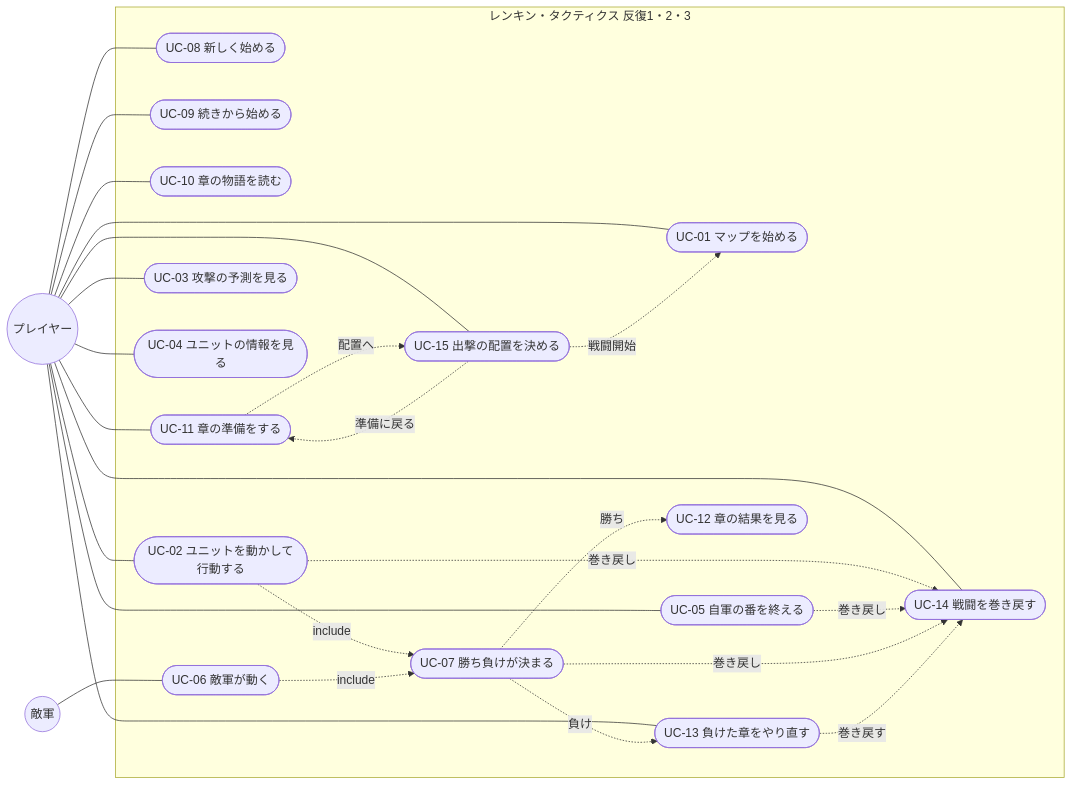
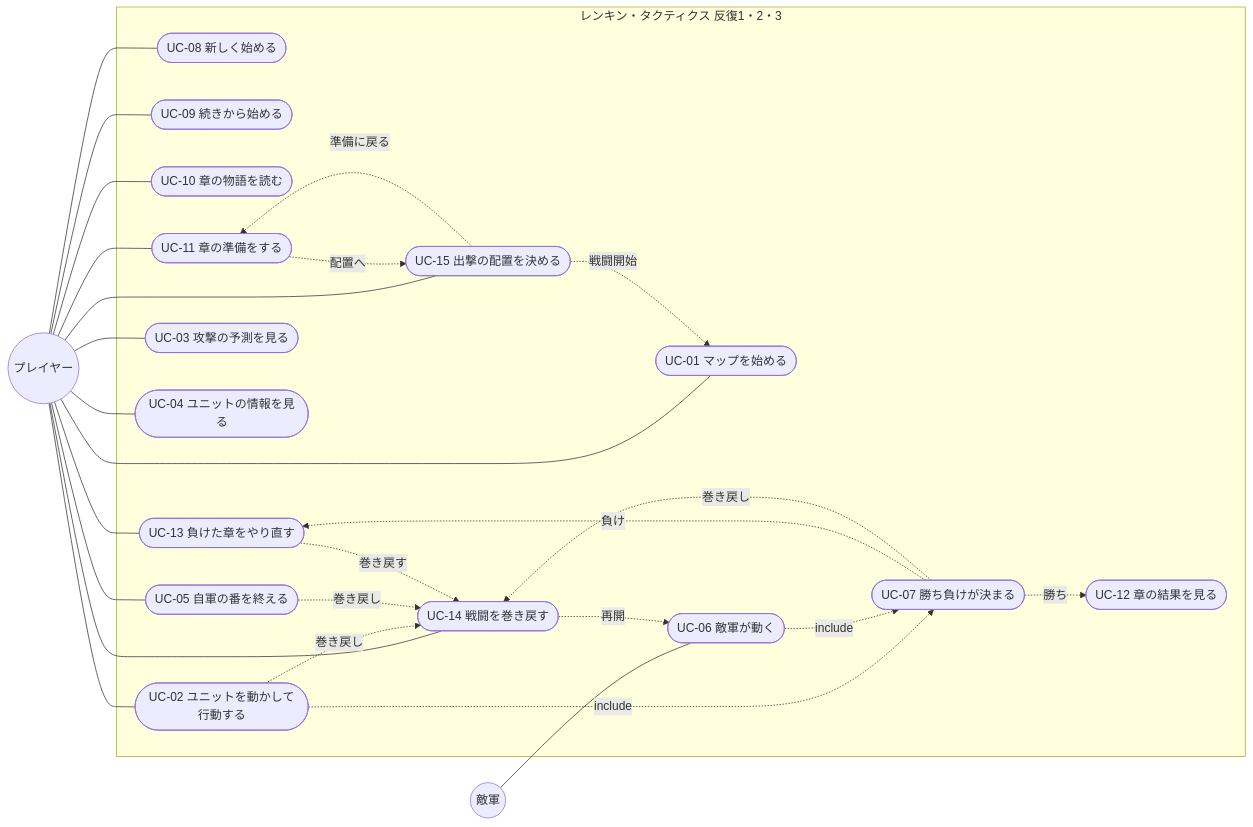
One commit to sakana396/renkin_tactics changed the diagram in docs/02_requirements/use-cases.md. Above: the diagram before and after it, drawn with Mermaid. The commit also changed other lines of this file and 3 other files, not shown here.

````diff
--- a/docs/02_requirements/use-cases.md
+++ b/docs/02_requirements/use-cases.md
@@ -17,46 +17,47 @@
 ```mermaid
 flowchart LR
   P((プレイヤー))
   E((敵軍))
   subgraph RT[レンキン・タクティクス 反復1・2・3]
     UC08([UC-08 新しく始める])
     UC09([UC-09 続きから始める])
     UC10([UC-10 章の物語を読む])
     UC11([UC-11 章の準備をする])
     UC01([UC-01 マップを始める])
     UC02([UC-02 ユニットを動かして行動する])
     UC03([UC-03 攻撃の予測を見る])
     UC04([UC-04 ユニットの情報を見る])
     UC05([UC-05 自軍の番を終える])
     UC06([UC-06 敵軍が動く])
     UC07([UC-07 勝ち負けが決まる])
     UC12([UC-12 章の結果を見る])
     UC13([UC-13 負けた章をやり直す])
     UC14([UC-14 戦闘を巻き戻す])
     UC15([UC-15 出撃の配置を決める])
   end
   P --- UC08
   P --- UC09
   P --- UC10
   P --- UC11
   P --- UC13
   P --- UC14
   P --- UC15
   P --- UC01
   P --- UC02
   P --- UC03
   P --- UC04
   P --- UC05
   E --- UC06
   UC02 -.include.-> UC07
   UC06 -.include.-> UC07
   UC07 -.勝ち.-> UC12
   UC07 -.負け.-> UC13
   UC11 -.配置へ.-> UC15
   UC15 -.戦闘開始.-> UC01
   UC15 -.準備に戻る.-> UC11
   UC02 -.巻き戻し.-> UC14
   UC05 -.巻き戻し.-> UC14
   UC07 -.巻き戻し.-> UC14
   UC13 -.巻き戻す.-> UC14
+  UC14 -.再開.-> UC06
 ```
````
